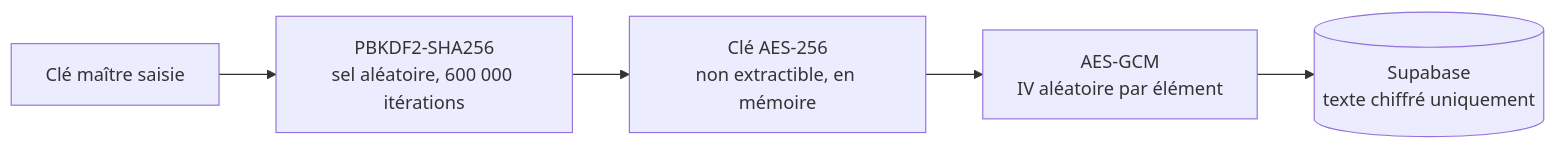
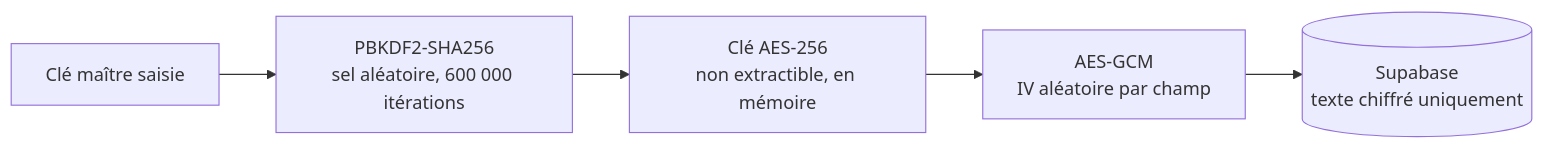
Before and after one commit to Nacim20/my-secure-vault: the diagram in README.md, drawn with Mermaid. The commit also changed other lines of this file and 16 other files, not shown here.

````diff
--- a/README.md
+++ b/README.md
@@ -33,7 +34,7 @@
 ```mermaid
 flowchart LR
   A[Clé maître saisie] --> B[PBKDF2-SHA256<br/>sel aléatoire, 600 000 itérations]
   B --> C[Clé AES-256<br/>non extractible, en mémoire]
-  C --> D[AES-GCM<br/>IV aléatoire par élément]
+  C --> D[AES-GCM<br/>IV aléatoire par champ]
   D --> E[(Supabase<br/>texte chiffré uniquement)]
 ```
````
